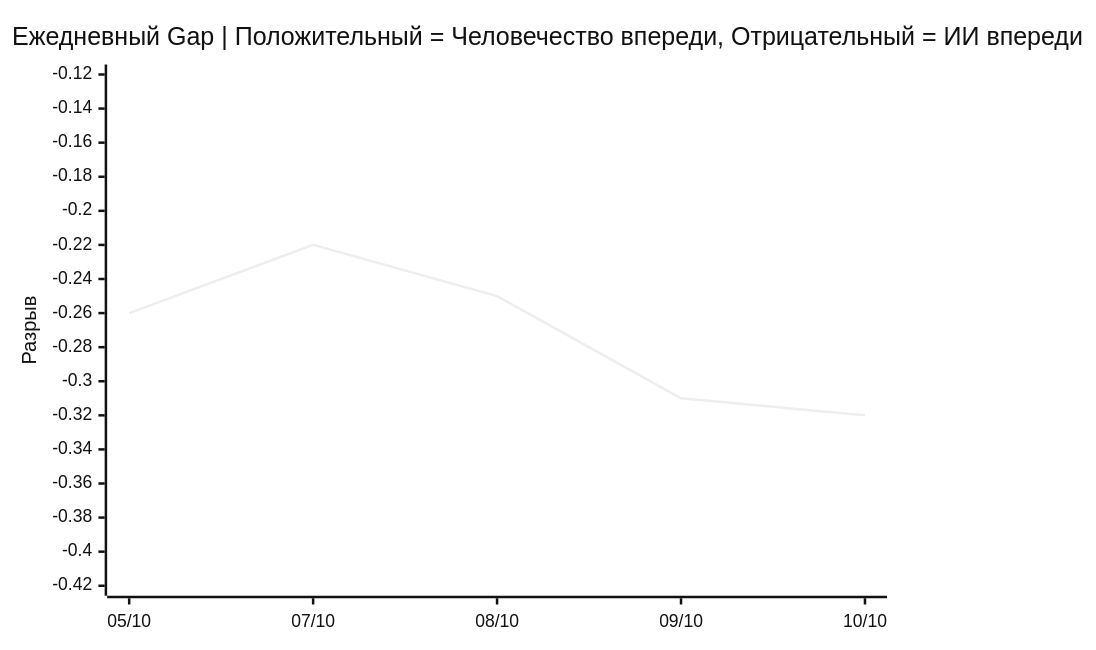
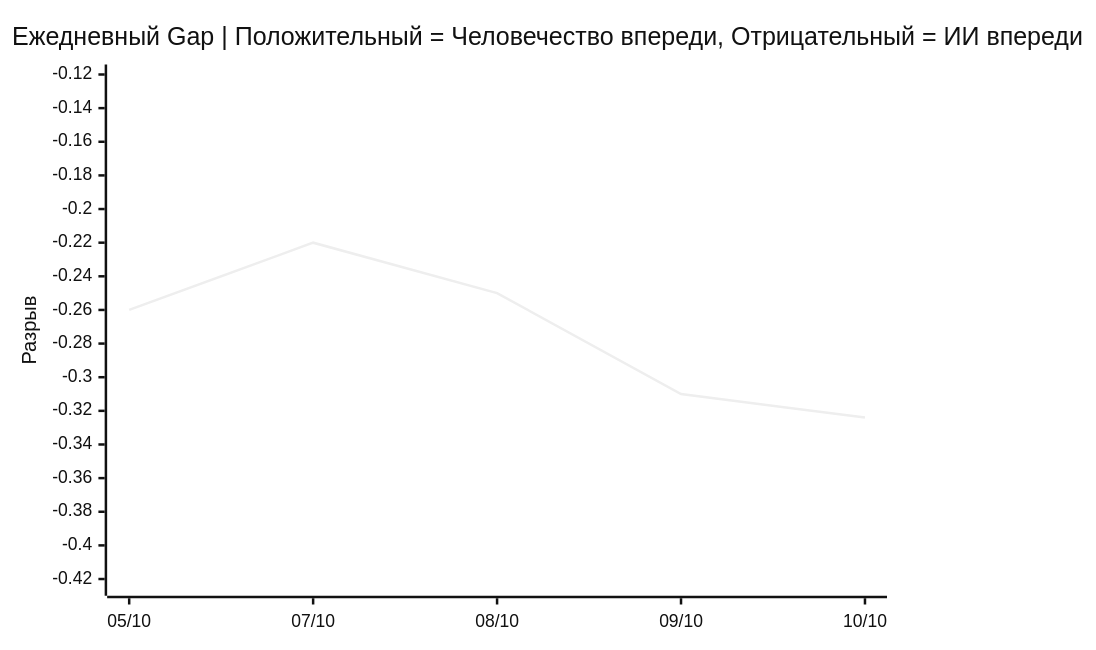
One commit to VQQLK/Human-AI-Monitor changed the third of 3 diagrams in README.ru.md. Above: the diagram before and after it, drawn with Mermaid (neutral theme). The commit also changed other lines of this file and 2 other files, not shown here.

````diff
--- a/README.ru.md
+++ b/README.ru.md
@@ -54,7 +54,7 @@
 ```mermaid
 xychart-beta
     title "Ежедневный Gap | Положительный = Человечество впереди, Отрицательный = ИИ впереди"
     x-axis ["05/10", "07/10", "08/10", "09/10", "10/10"]
-    y-axis "Разрыв" -0.42 --> -0.12
-    line [-0.26, -0.22, -0.25, -0.31, -0.32]
+    y-axis "Разрыв" -0.424 --> -0.120
+    line [-0.260, -0.220, -0.250, -0.310, -0.324]
 ```
````
